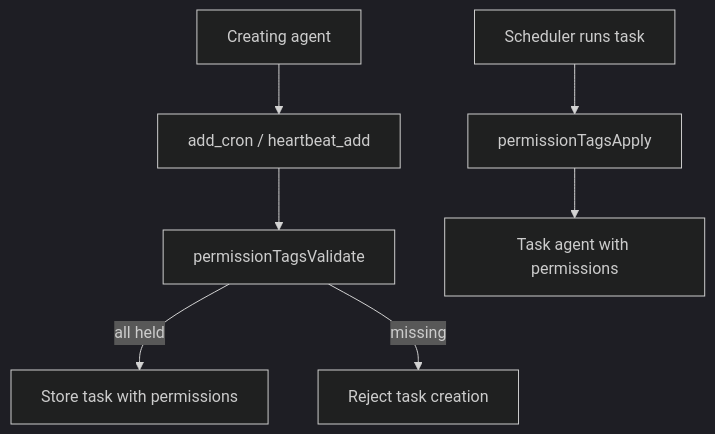
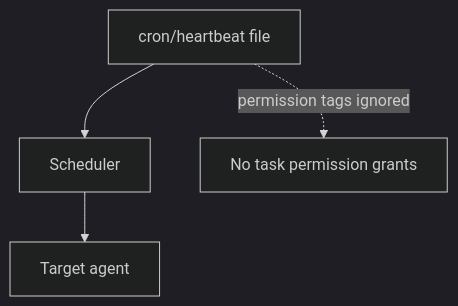
One commit to ex3ndr/daycare changed the fourth of 5 diagrams in docs/permissions.md. Above: the diagram before and after it, drawn with Mermaid (dark theme). The commit also changed other lines of this file and 17 other files, not shown here.

Commit message:
feat(scheduling): remove task permission grants

````diff
--- a/docs/permissions.md
+++ b/docs/permissions.md
@@ -94,10 +94,6 @@
 ```mermaid
 flowchart TD
-  Agent[Creating agent] --> AddCron[add_cron / heartbeat_add]
-  AddCron --> Validate[permissionTagsValidate]
-  Validate -->|all held| Store[Store task with permissions]
-  Validate -->|missing| Reject[Reject task creation]
-
-  Scheduler[Scheduler runs task] --> ApplyPerms[permissionTagsApply]
-  ApplyPerms --> TaskAgent[Task agent with permissions]
+  Task[cron/heartbeat file] --> Scheduler[Scheduler]
+  Scheduler --> Agent[Target agent]
+  Task -. permission tags ignored .-> Ignore[No task permission grants]
 ```
````
